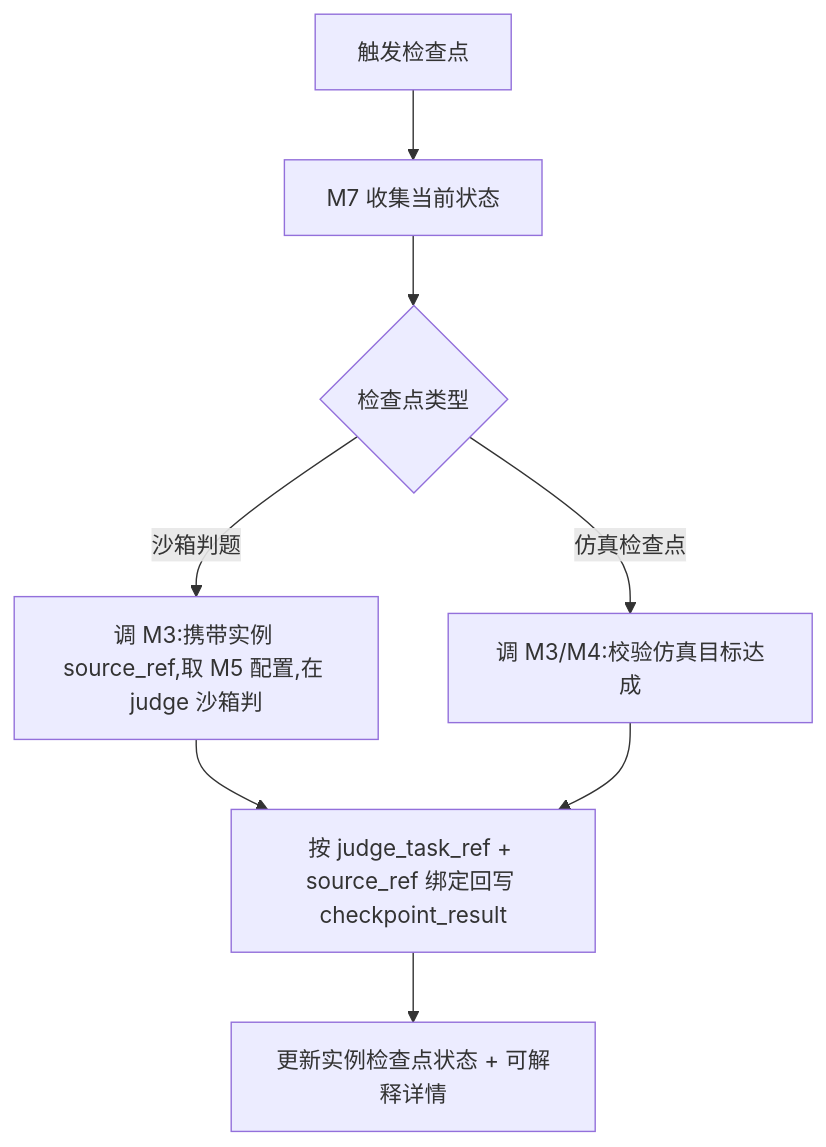
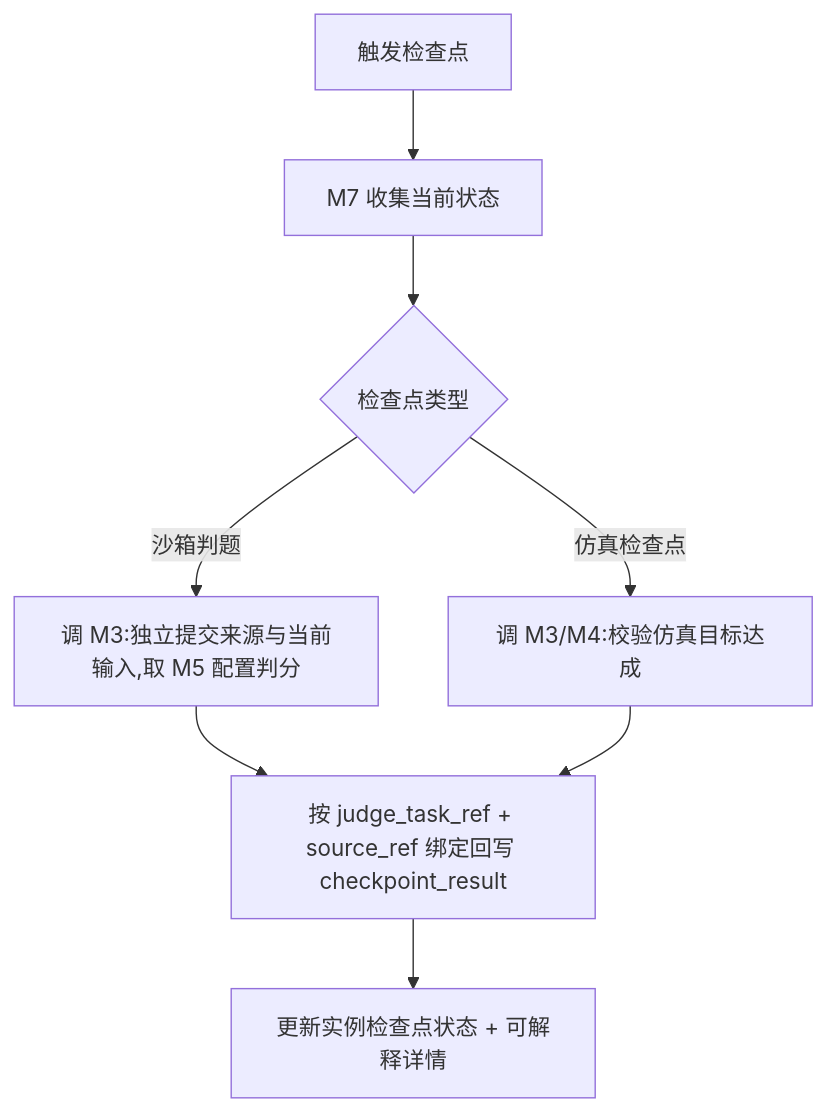
One commit to menghuishisan/CHAIMIR changed the fifth of 6 diagrams in docs/07-实验/05-业务流程与状态机.md. Above: the diagram before and after it, drawn with Mermaid. The commit also changed other lines of this file and 995 other files, not shown here.

````diff
--- a/docs/07-实验/05-业务流程与状态机.md
+++ b/docs/07-实验/05-业务流程与状态机.md
@@ -117,10 +124,10 @@
 ```mermaid
 flowchart TD
     A[触发检查点] --> B[M7 收集当前状态]
     B --> C{检查点类型}
-    C -->|沙箱判题| D[调 M3:携带实例 source_ref,取 M5 配置,在 judge 沙箱判]
+    C -->|沙箱判题| D[调 M3:独立提交来源与当前输入,取 M5 配置判分]
     C -->|仿真检查点| E[调 M3/M4:校验仿真目标达成]
     D --> F[按 judge_task_ref + source_ref 绑定回写 checkpoint_result]
     E --> F
     F --> G[更新实例检查点状态 + 可解释详情]
 ```
````
